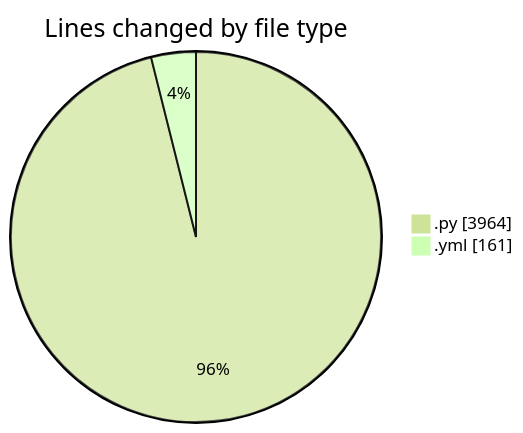
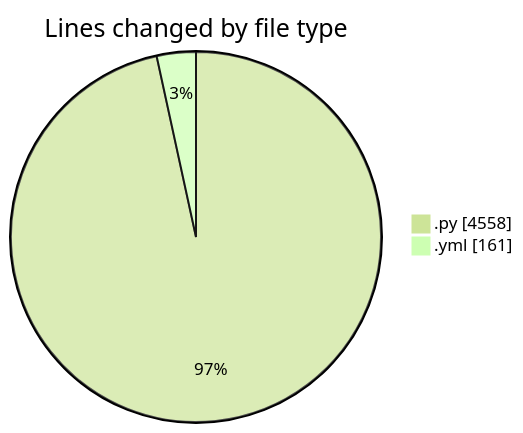
The first of 2 diagrams in 2025-10-15/eventscop-api-guide__workspace_/README.md (julien-gomy/code-tracking), drawn with Mermaid (forest theme) before and after one commit. The commit also changed other lines of this file and 1 other file, not shown here.

````diff
--- a/2025-10-15/eventscop-api-guide__workspace_/README.md
+++ b/2025-10-15/eventscop-api-guide__workspace_/README.md
@@ -29,6 +30,6 @@
 ```mermaid
 pie showData
 title Lines changed by file type
-".py" : 3964
+".py" : 4558
 ".yml" : 161
 ```
````
